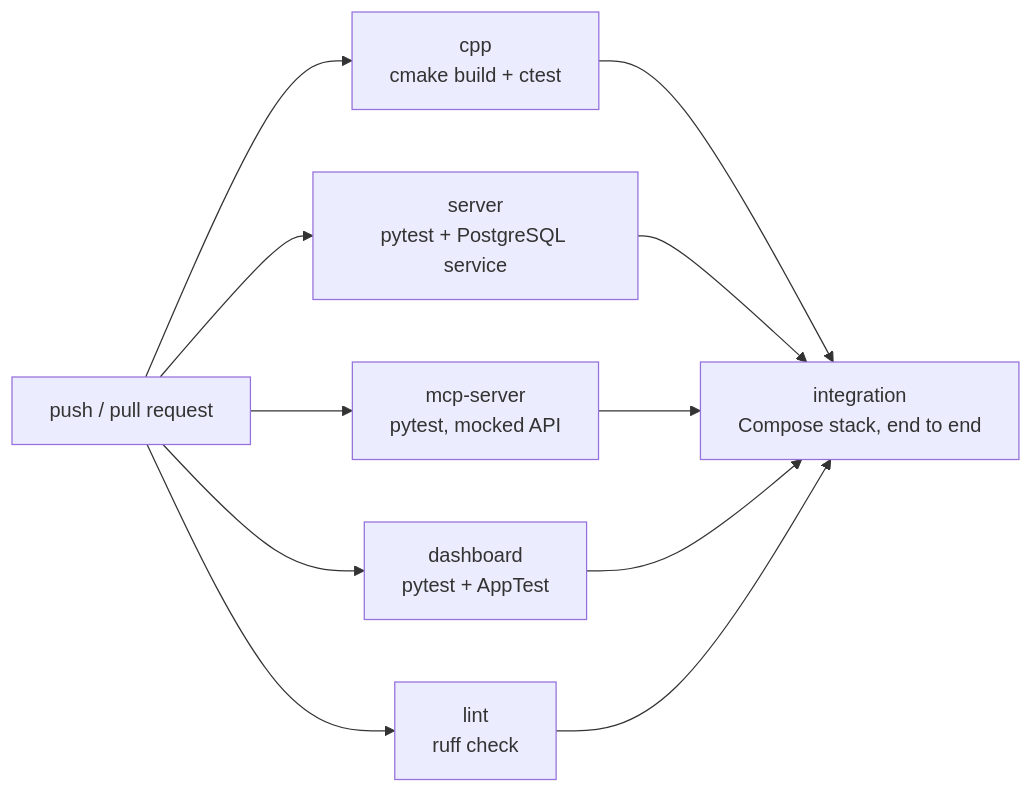
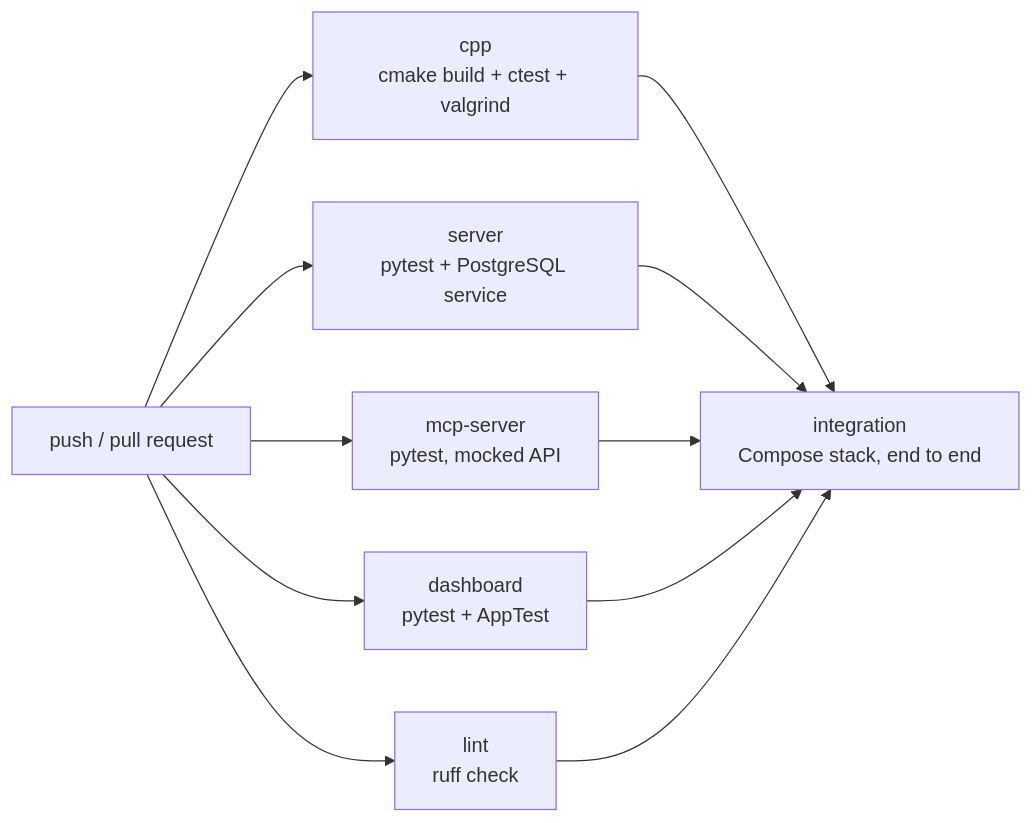
The seventh of 7 diagrams in docs/architecture.md (shuvat/syspulse), drawn with Mermaid before and after one commit. The commit also changed other lines of this file and 4 other files, not shown here.

````diff
--- a/docs/architecture.md
+++ b/docs/architecture.md
@@ -388,9 +388,9 @@
 ```mermaid
 flowchart LR
-    PUSH[push / pull request] --> CPP[cpp<br/>cmake build + ctest]
+    PUSH[push / pull request] --> CPP[cpp<br/>cmake build + ctest + valgrind]
     PUSH --> SRV[server<br/>pytest + PostgreSQL service]
     PUSH --> MCP[mcp-server<br/>pytest, mocked API]
     PUSH --> DSH[dashboard<br/>pytest + AppTest]
     PUSH --> LINT[lint<br/>ruff check]
     CPP & SRV & MCP & DSH & LINT --> IT[integration<br/>Compose stack, end to end]
 ```
````
